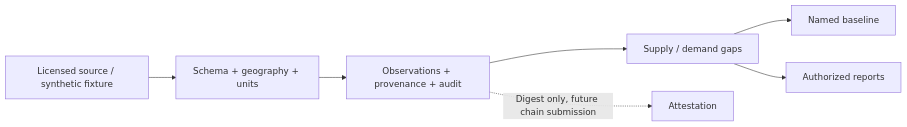
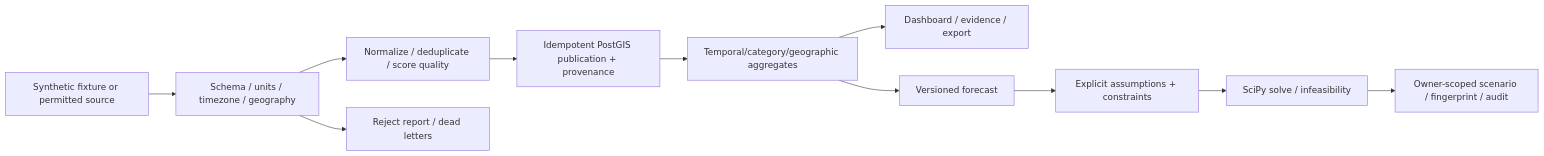
One commit to manikantbindass/CityPulse changed the second of 4 diagrams in README.md. Above: the diagram before and after it, drawn with Mermaid. The commit also changed other lines of this file and 77 other files, not shown here.

````diff
--- a/README.md
+++ b/README.md
@@ -60,9 +83,13 @@
 ```mermaid
 flowchart LR
-  Source[Licensed source / synthetic fixture] --> Validate[Schema + geography + units]
-  Validate --> Store[Observations + provenance + audit]
-  Store --> Analyze[Supply / demand gaps]
-  Analyze --> Forecast[Named baseline]
-  Analyze --> Report[Authorized reports]
-  Store -. Digest only, future chain submission .-> Attest[Attestation]
+  Source[Synthetic fixture or permitted source] --> Validate[Schema / units / timezone / geography]
+  Validate --> Clean[Normalize / deduplicate / score quality]
+  Validate --> Reject[Reject report / dead letters]
+  Clean --> Store[Idempotent PostGIS publication + provenance]
+  Store --> Aggregate[Temporal/category/geographic aggregates]
+  Aggregate --> Explain[Dashboard / evidence / export]
+  Aggregate --> Forecast[Versioned forecast]
+  Forecast --> Scenario[Explicit assumptions + constraints]
+  Scenario --> Solve[SciPy solve / infeasibility]
+  Solve --> Save[Owner-scoped scenario / fingerprint / audit]
 ```
````
